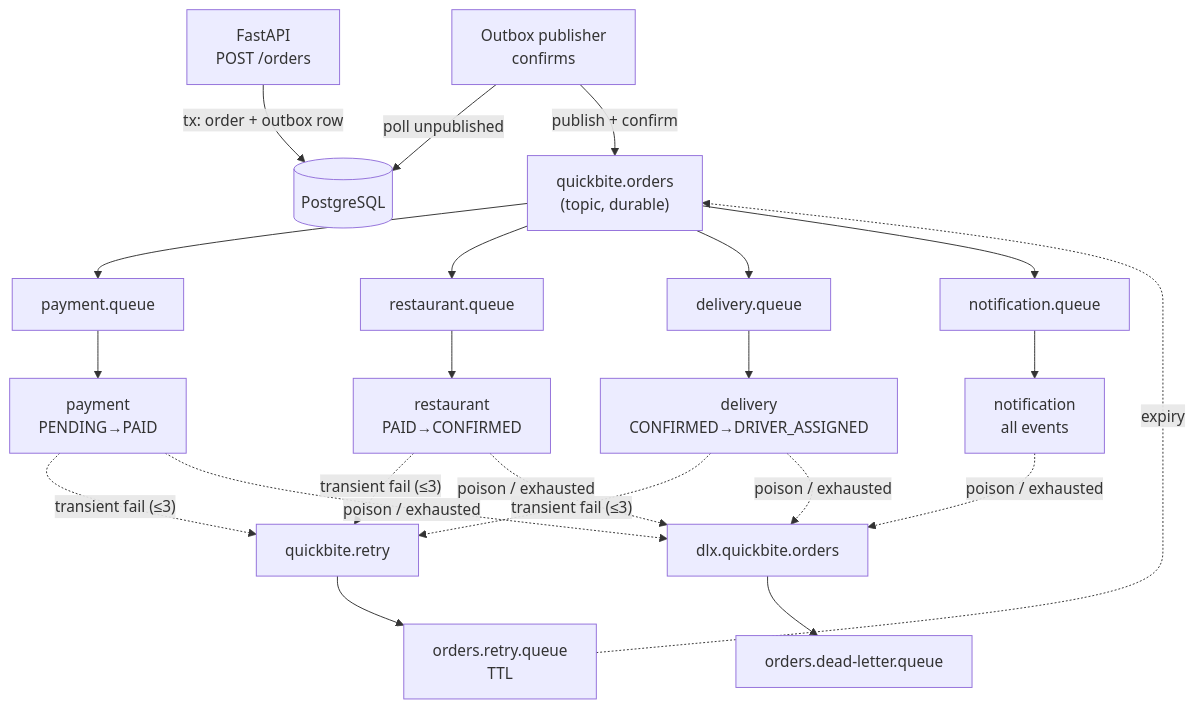
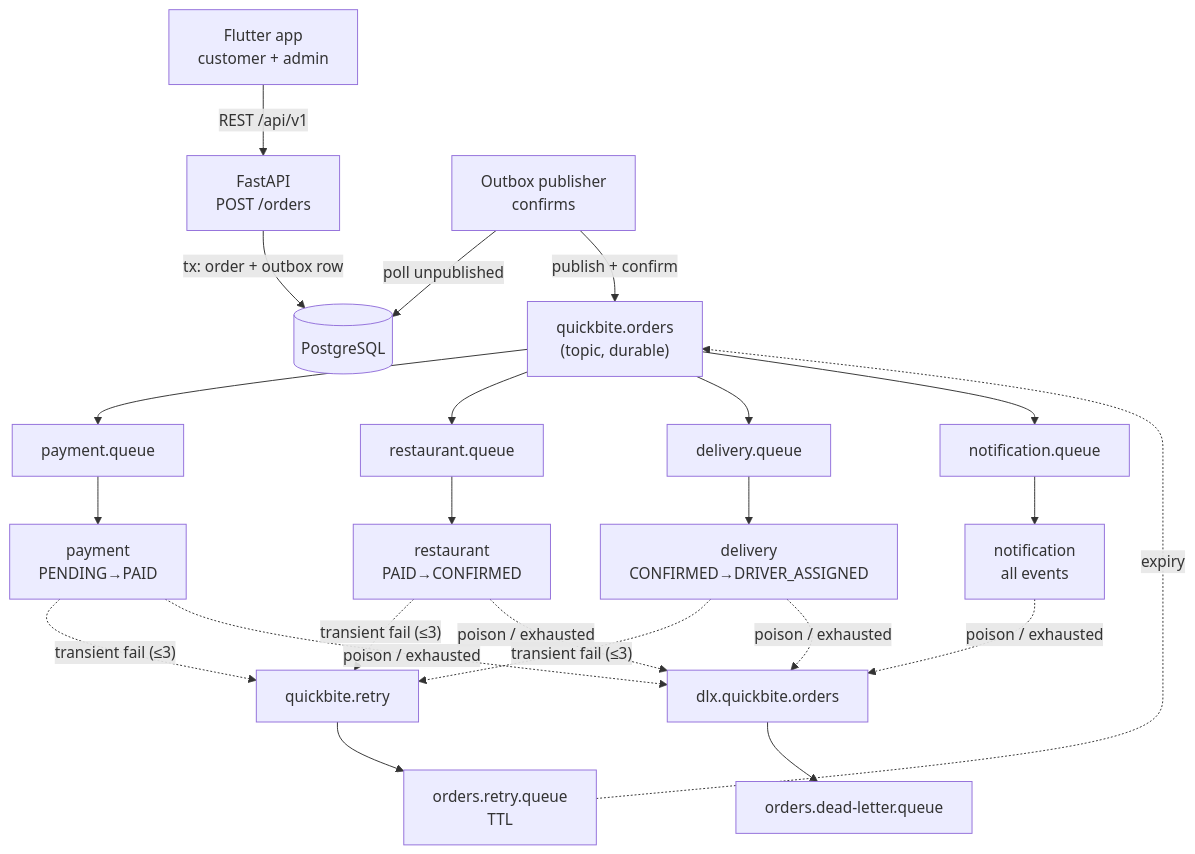
One commit to Kgramming/quickbite changed the diagram in README.md. Above: the diagram before and after it, drawn with Mermaid. The commit also changed other lines of this file and 2 other files, not shown here.

First line of the commit message:
docs: sexy README + knowledge bytes for Flutter app and phone demo

````diff
--- a/README.md
+++ b/README.md
@@ -40,16 +55,17 @@
 ```mermaid
 flowchart TB
-    API["FastAPI<br/>POST /orders"] -->|"tx: order + outbox row"| DB[("PostgreSQL")]
+    APP["Flutter app<br/>customer + admin"] -->|REST /api/v1| API["FastAPI<br/>POST /orders"]
+    API -->|"tx: order + outbox row"| DB[("PostgreSQL")]
     PUB["Outbox publisher<br/>confirms"] -->|"poll unpublished"| DB
     PUB -->|"publish + confirm"| EX["quickbite.orders<br/>(topic, durable)"]
     EX --> PQ["payment.queue"] & RQ["restaurant.queue"] & DQ["delivery.queue"] & NQ["notification.queue"]
     PQ --> PW["payment<br/>PENDING→PAID"]
     RQ --> RW["restaurant<br/>PAID→CONFIRMED"]
     DQ --> DW["delivery<br/>CONFIRMED→DRIVER_ASSIGNED"]
     NQ --> NW["notification<br/>all events"]
     PW & RW & DW -.->|"transient fail (≤3)"| REX["quickbite.retry"]
     REX --> RTQ["orders.retry.queue<br/>TTL"]
     RTQ -.->|"expiry"| EX
     PW & RW & DW & NW -.->|"poison / exhausted"| DLX["dlx.quickbite.orders"]
     DLX --> DLQ["orders.dead-letter.queue"]
 ```
````
